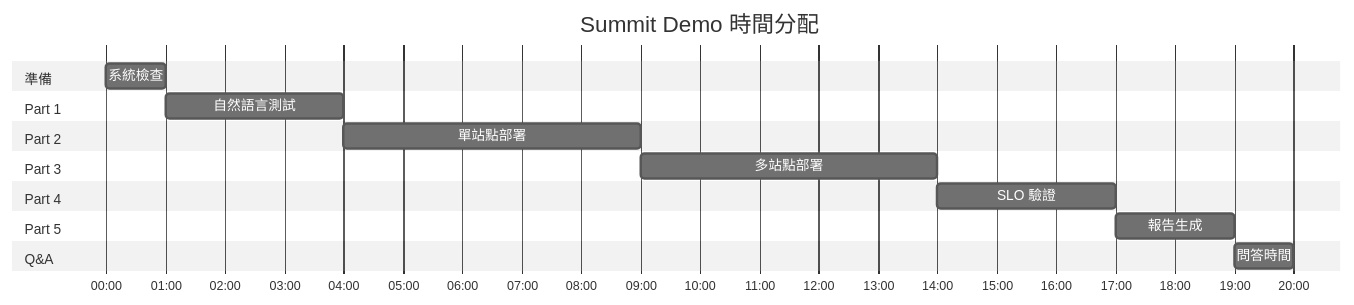
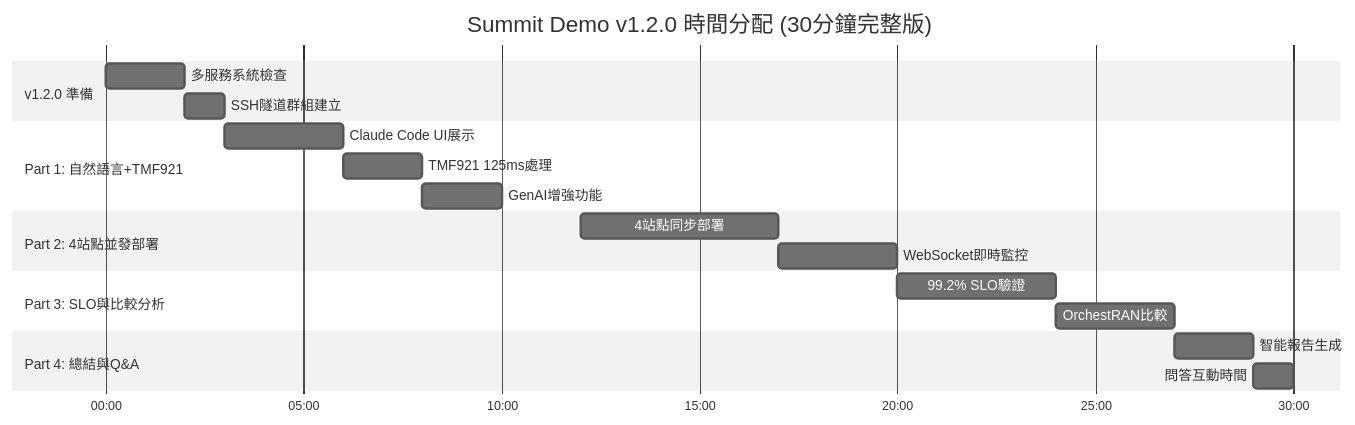
One commit to thc1006/nephio-intent-to-o2-demo changed the fourth of 5 diagrams in docs/summit-demo/SUMMIT_DEMO_FLOW.md. Above: the diagram before and after it, drawn with Mermaid (neutral theme). The commit also changed other lines of this file and 62 other files, not shown here.

````diff
--- a/docs/summit-demo/SUMMIT_DEMO_FLOW.md
+++ b/docs/summit-demo/SUMMIT_DEMO_FLOW.md
@@ -194,27 +241,27 @@
 ```mermaid
 gantt
-    title Summit Demo 時間分配
+    title Summit Demo v1.2.0 時間分配 (30分鐘完整版)
     dateFormat mm:ss
     axisFormat %M:%S
 
-    section 準備
-    系統檢查           :00:00, 1m
+    section v1.2.0 準備
+    多服務系統檢查      :00:00, 2m
+    SSH隧道群組建立     :02:00, 1m
 
-    section Part 1
-    自然語言測試       :01:00, 3m
+    section Part 1: 自然語言+TMF921
+    Claude Code UI展示  :03:00, 3m
+    TMF921 125ms處理    :06:00, 2m
+    GenAI增強功能      :08:00, 2m
 
-    section Part 2
-    單站點部署         :04:00, 5m
+    section Part 2: 4站點並發部署
+    4站點同步部署      :12:00, 5m
+    WebSocket即時監控   :17:00, 3m
 
-    section Part 3
-    多站點部署         :09:00, 5m
+    section Part 3: SLO與比較分析
+    99.2% SLO驗證     :20:00, 4m
+    OrchestRAN比較     :24:00, 3m
 
-    section Part 4
-    SLO 驗證          :14:00, 3m
-
-    section Part 5
-    報告生成          :17:00, 2m
-
-    section Q&A
-    問答時間          :19:00, 1m
+    section Part 4: 總結與Q&A
+    智能報告生成       :27:00, 2m
+    問答互動時間       :29:00, 1m
 ```
````
